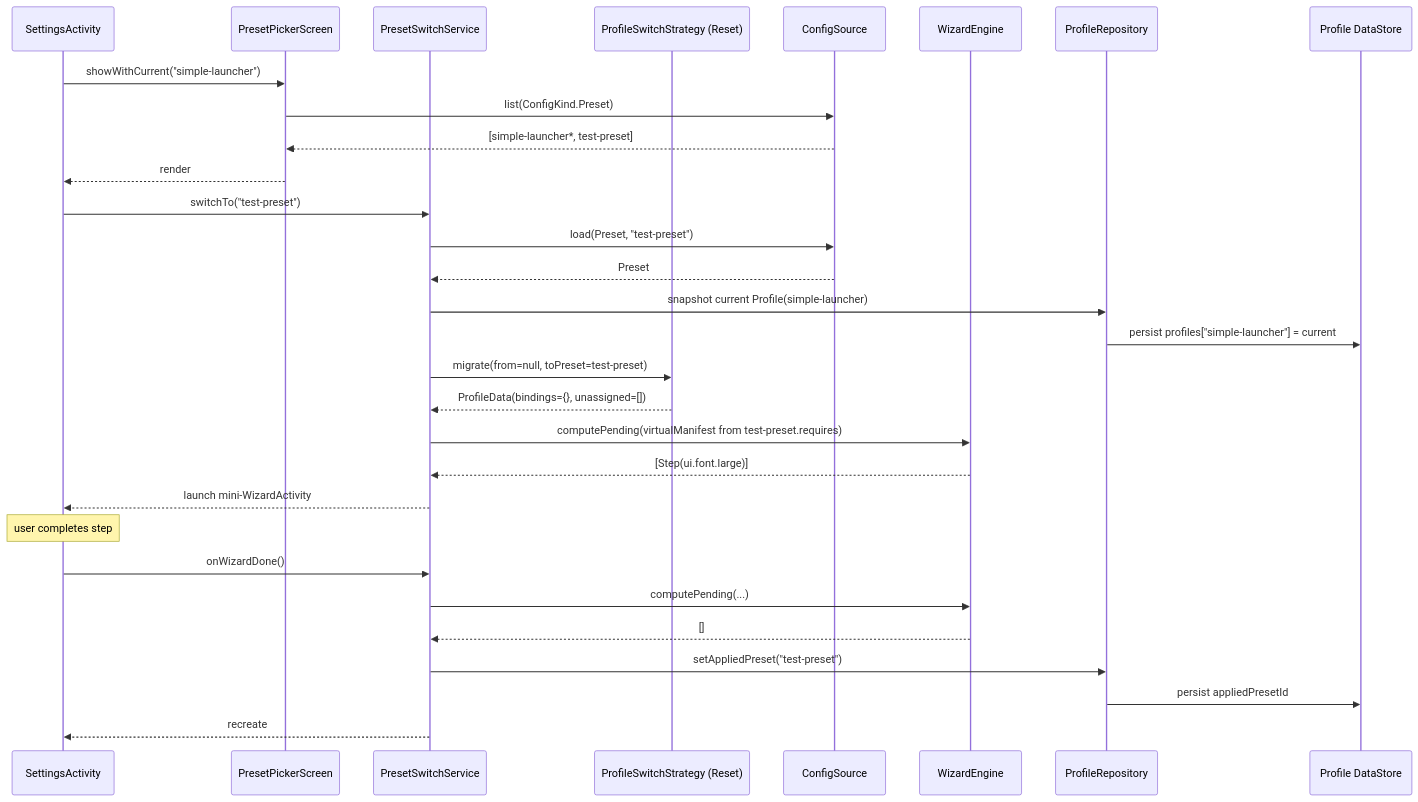
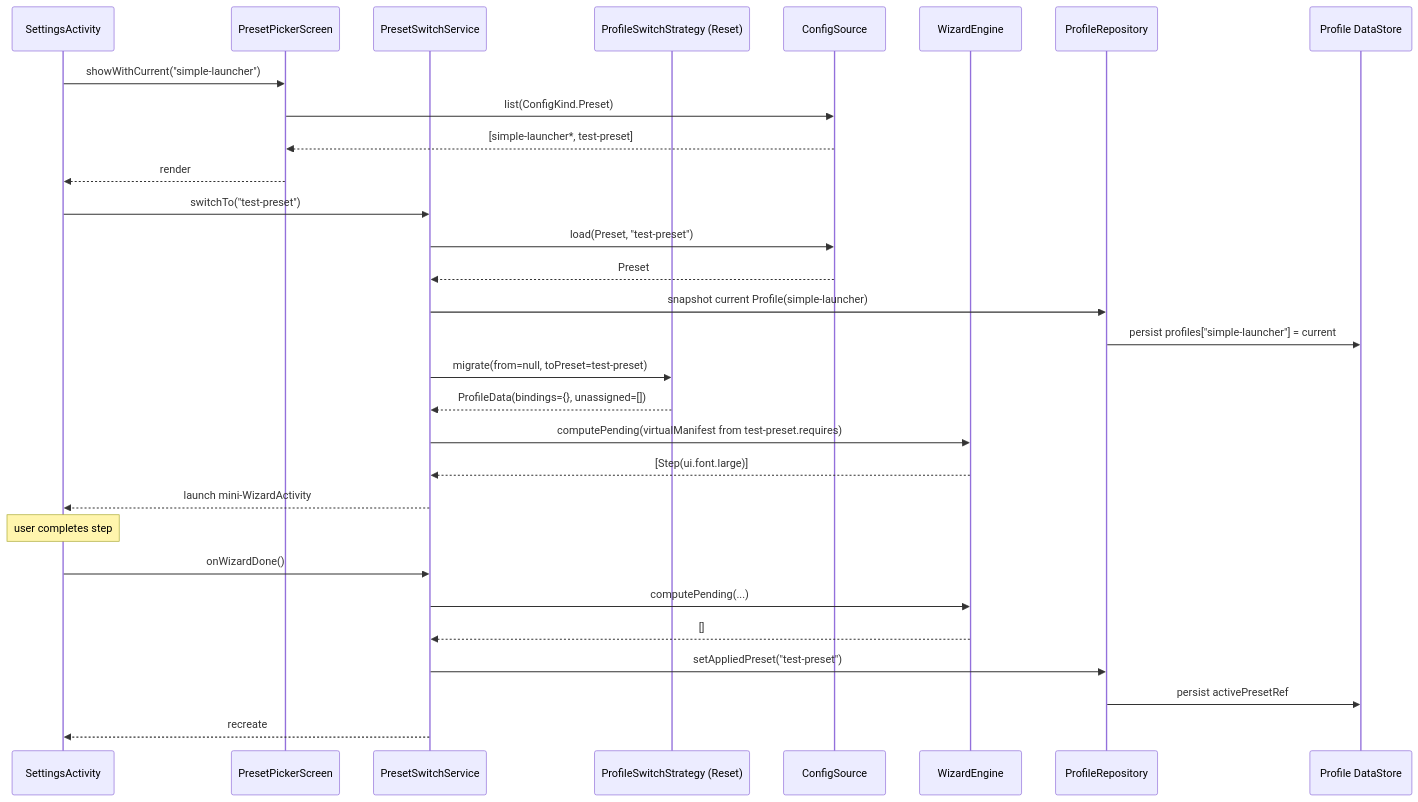
The fourth of 10 diagrams in specs/task-65-profile-composition-foundation-v2/spec.md (jeromwork/launcher), drawn with Mermaid before and after one commit. The commit also changed other lines of this file, not shown here.

````diff
--- a/specs/task-65-profile-composition-foundation-v2/spec.md
+++ b/specs/task-65-profile-composition-foundation-v2/spec.md
@@ -367,33 +376,33 @@
 ```mermaid
 sequenceDiagram
   participant UI as SettingsActivity
   participant Pick as PresetPickerScreen
   participant Svc as PresetSwitchService
   participant Strat as ProfileSwitchStrategy (Reset)
   participant CS as ConfigSource
   participant Eng as WizardEngine
   participant PR as ProfileRepository
   participant DS as Profile DataStore
 
   UI->>Pick: showWithCurrent("simple-launcher")
   Pick->>CS: list(ConfigKind.Preset)
   CS-->>Pick: [simple-launcher*, test-preset]
   Pick-->>UI: render
   UI->>Svc: switchTo("test-preset")
   Svc->>CS: load(Preset, "test-preset")
   CS-->>Svc: Preset
   Svc->>PR: snapshot current Profile(simple-launcher)
   PR->>DS: persist profiles["simple-launcher"] = current
   Svc->>Strat: migrate(from=null, toPreset=test-preset)
   Strat-->>Svc: ProfileData(bindings={}, unassigned=[])
   Svc->>Eng: computePending(virtualManifest from test-preset.requires)
   Eng-->>Svc: [Step(ui.font.large)]
   Svc-->>UI: launch mini-WizardActivity
   Note over UI: user completes step
   UI->>Svc: onWizardDone()
   Svc->>Eng: computePending(...)
   Eng-->>Svc: []
   Svc->>PR: setAppliedPreset("test-preset")
-  PR->>DS: persist appliedPresetId
+  PR->>DS: persist activePresetRef
   Svc-->>UI: recreate
 ```
````
